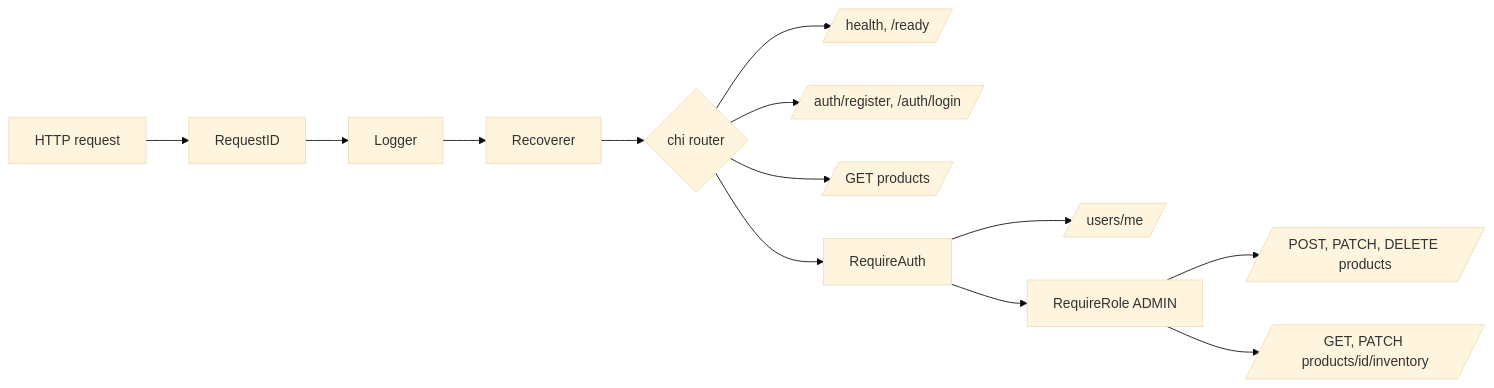
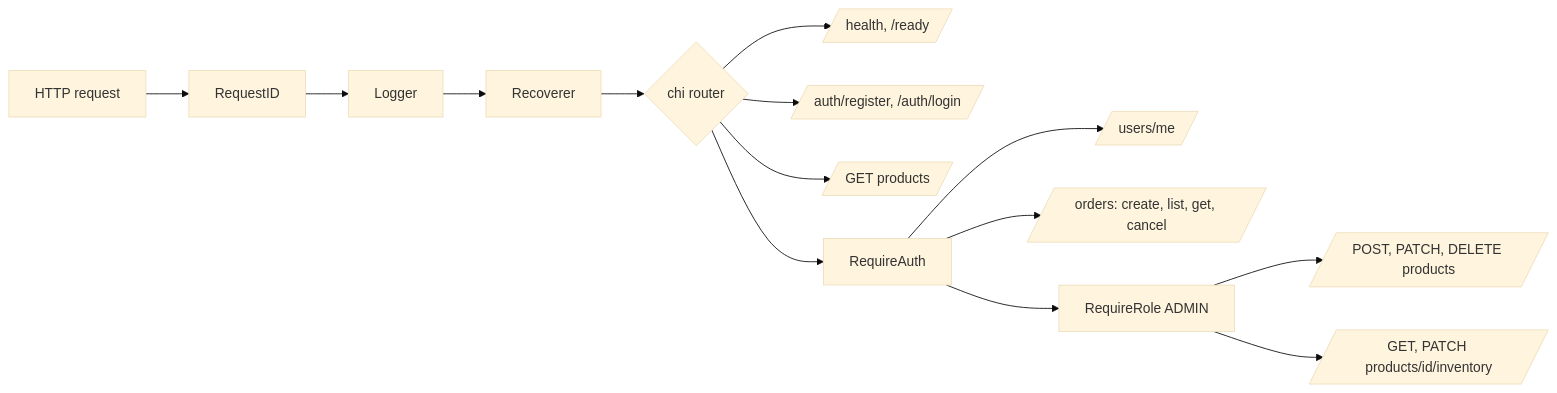
The second of 2 diagrams in README.md (BasavarajBankolli/inventory-order-engine), drawn with Mermaid (base theme) before and after one commit. The commit also changed other lines of this file and 17 other files, not shown here.

````diff
--- a/README.md
+++ b/README.md
@@ -32,10 +32,11 @@
 ```mermaid
 flowchart LR
     req[HTTP request] --> rid[RequestID] --> log[Logger] --> rec[Recoverer] --> router{chi router}
     router --> h[/health, /ready/]
     router --> pub[/auth/register, /auth/login/]
     router --> pubp[/GET products/]
     router --> ra[RequireAuth] --> me[/users/me/]
+    ra --> ord[/orders: create, list, get, cancel/]
     ra --> rr[RequireRole ADMIN] --> adm[/POST, PATCH, DELETE products/]
     rr --> inv[/GET, PATCH products/id/inventory/]
 ```
````
